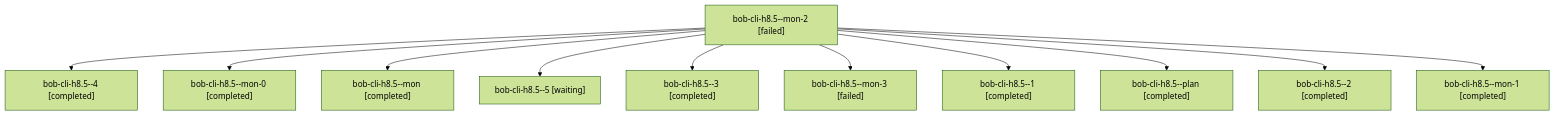
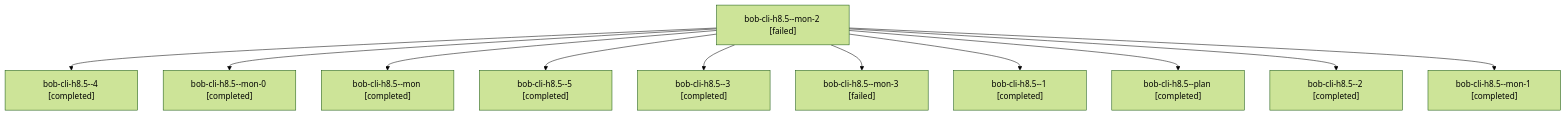
The diagram in sessions/bbugyi200.athena.bob-cli-h8.5.md (bobs-org/bob-cli--agents), drawn with Mermaid (forest theme) before and after one commit. The commit also changed other lines of this file and 40 other files, not shown here.

````diff
--- a/sessions/bbugyi200.athena.bob-cli-h8.5.md
+++ b/sessions/bbugyi200.athena.bob-cli-h8.5.md
@@ -9,24 +9,24 @@
 ```mermaid
 flowchart TD
   n0["bob-cli-h8.5--mon-2 [failed]"]
   n1["bob-cli-h8.5--4 [completed]"]
   n0 --> n1
   n2["bob-cli-h8.5--mon-0 [completed]"]
   n0 --> n2
   n3["bob-cli-h8.5--mon [completed]"]
   n0 --> n3
-  n4["bob-cli-h8.5--5 [waiting]"]
+  n4["bob-cli-h8.5--5 [completed]"]
   n0 --> n4
   n5["bob-cli-h8.5--3 [completed]"]
   n0 --> n5
   n6["bob-cli-h8.5--mon-3 [failed]"]
   n0 --> n6
   n7["bob-cli-h8.5--1 [completed]"]
   n0 --> n7
   n8["bob-cli-h8.5--plan [completed]"]
   n0 --> n8
   n9["bob-cli-h8.5--2 [completed]"]
   n0 --> n9
   n10["bob-cli-h8.5--mon-1 [completed]"]
   n0 --> n10
 ```
````
